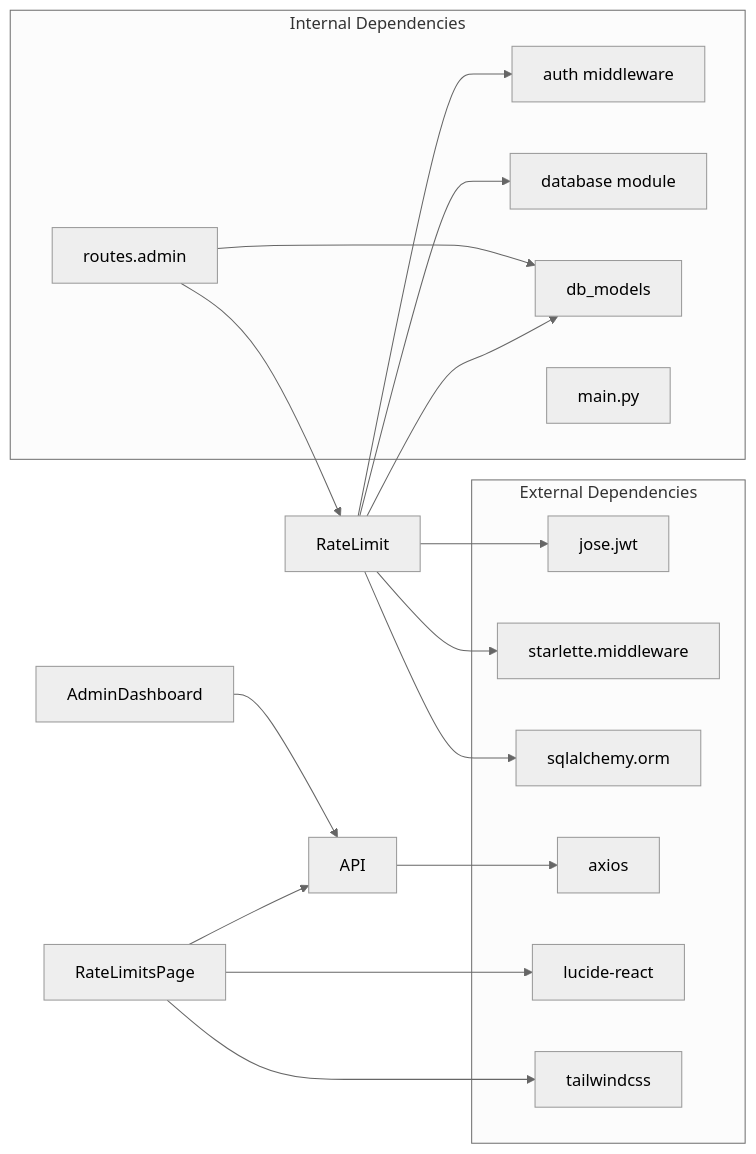
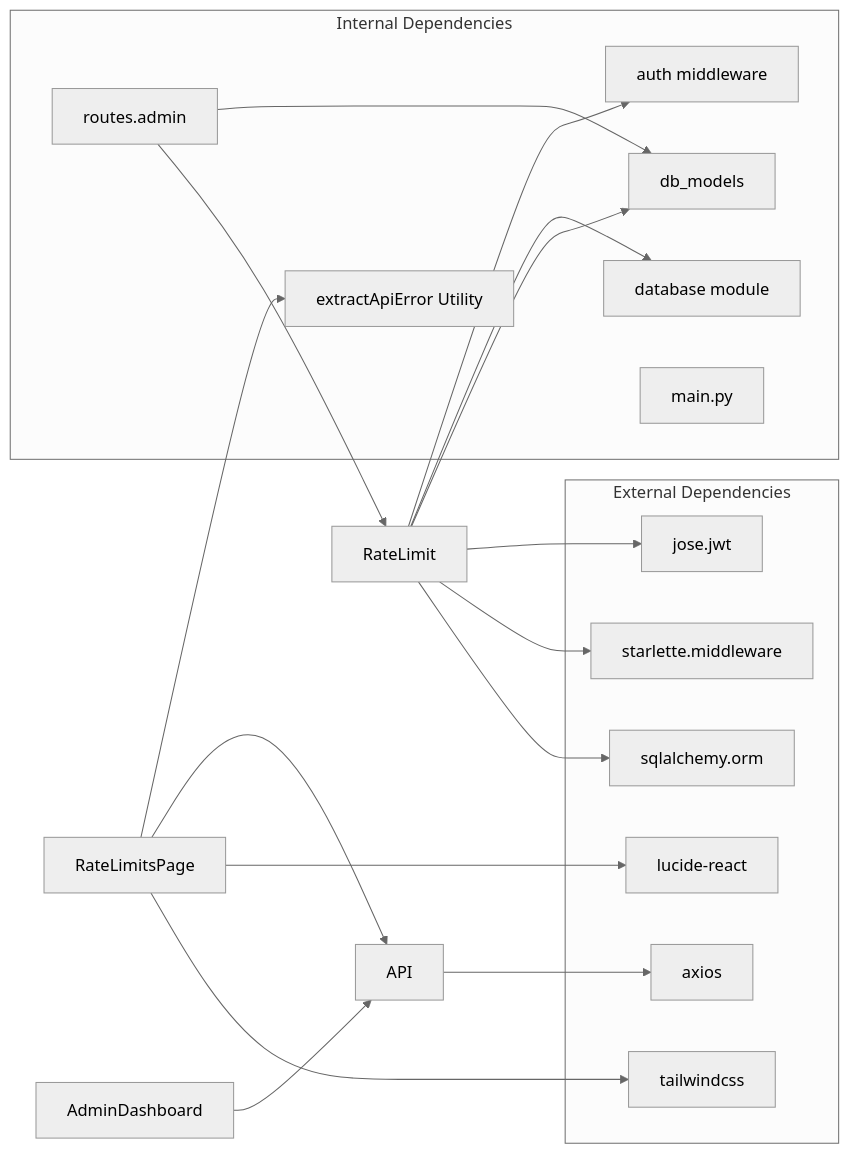
Before and after one commit to Revanththetalogics/aireume: the eighth of 8 diagrams in .qoder/repowiki/en/content/Frontend Architecture/Rate Limit Management.md, drawn with Mermaid (neutral theme). The commit also changed other lines of this file and 9 other files, not shown here.

````diff
--- a/.qoder/repowiki/en/content/Frontend Architecture/Rate Limit Management.md
+++ b/.qoder/repowiki/en/content/Frontend Architecture/Rate Limit Management.md
@@ -496,31 +534,33 @@
 ```mermaid
 graph LR
 subgraph "External Dependencies"
 JWT[jose.jwt]
 Starlette[starlette.middleware]
 SQLAlchemy[sqlalchemy.orm]
 Axios[axios]
 Lucide[lucide-react]
 Tailwind[tailwindcss]
 end
 subgraph "Internal Dependencies"
 Auth[auth middleware]
 Database[database module]
 Models[db_models]
 Routes[routes.admin]
 Main[main.py]
+Extract[extractApiError Utility]
 end
 RateLimit --> JWT
 RateLimit --> Starlette
 RateLimit --> SQLAlchemy
 RateLimit --> Auth
 RateLimit --> Database
 RateLimit --> Models
 Routes --> Models
 Routes --> RateLimit
 API --> Axios
 RateLimitsPage --> API
 RateLimitsPage --> Lucide
 RateLimitsPage --> Tailwind
+RateLimitsPage --> Extract
 AdminDashboard --> API
 ```
````
